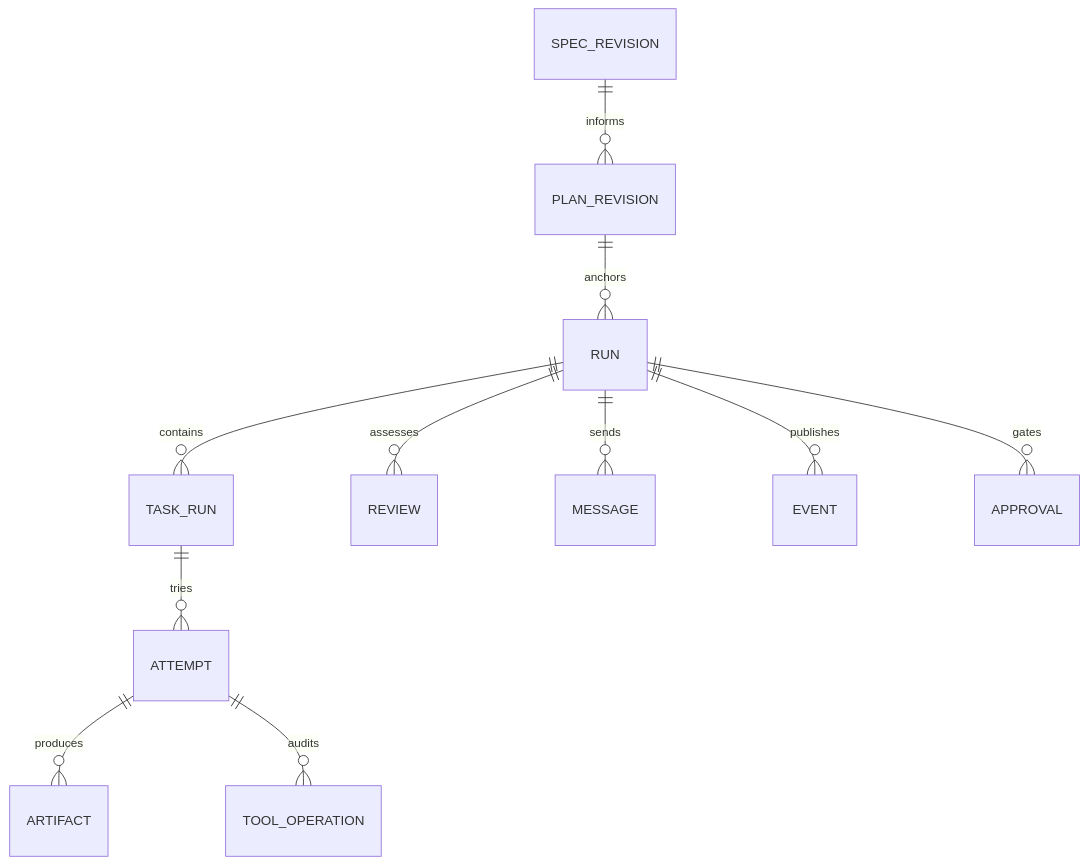
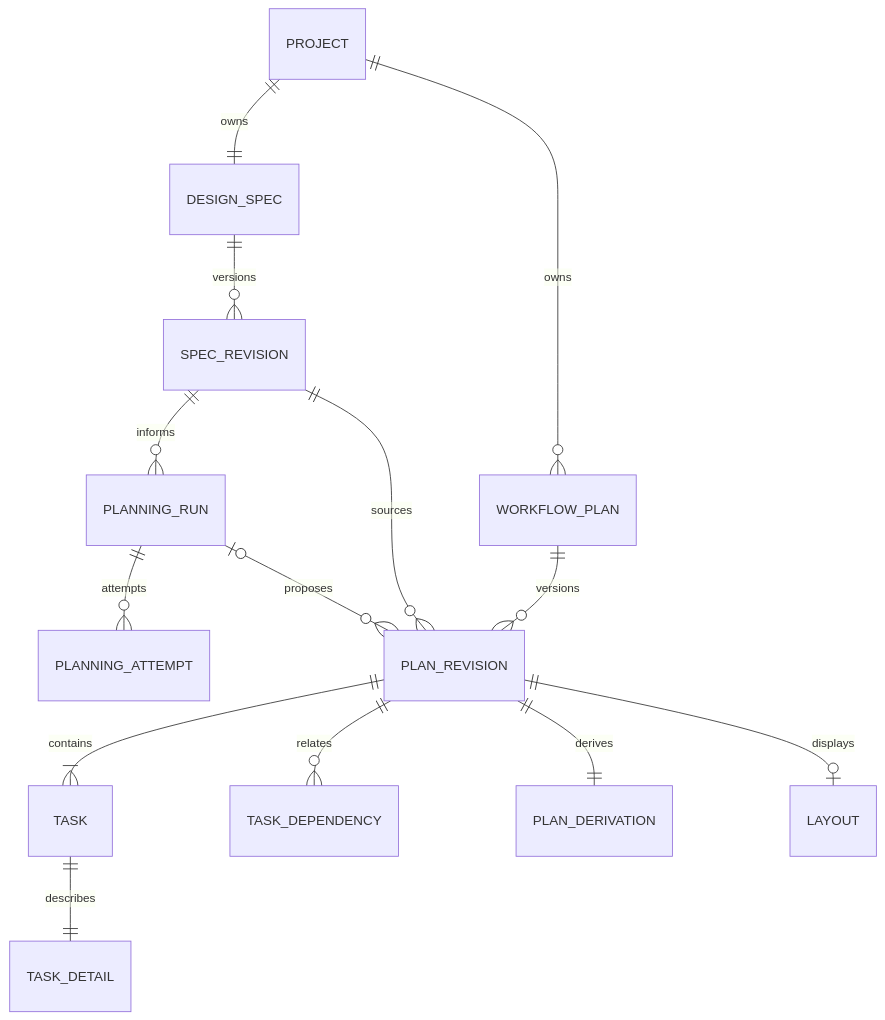
One commit to cocoliler/SE-lib changed the diagram in docs/architecture/DATABASE_DESIGN.md. Above: the diagram before and after it, drawn with Mermaid. The commit also changed other lines of this file and 42 other files, not shown here.

Commit message:
docs: 更新 FlowStudio v3.1 通用设计

````diff
--- a/docs/architecture/DATABASE_DESIGN.md
+++ b/docs/architecture/DATABASE_DESIGN.md
@@ -19,13 +31,16 @@
 ```mermaid
 erDiagram
- SPEC_REVISION ||--o{ PLAN_REVISION : informs
- PLAN_REVISION ||--o{ RUN : anchors
- RUN ||--o{ TASK_RUN : contains
- TASK_RUN ||--o{ ATTEMPT : tries
- ATTEMPT ||--o{ ARTIFACT : produces
- ATTEMPT ||--o{ TOOL_OPERATION : audits
- RUN ||--o{ REVIEW : assesses
- RUN ||--o{ MESSAGE : sends
- RUN ||--o{ EVENT : publishes
- RUN ||--o{ APPROVAL : gates
+ PROJECT ||--|| DESIGN_SPEC : owns
+ DESIGN_SPEC ||--o{ SPEC_REVISION : versions
+ SPEC_REVISION ||--o{ PLANNING_RUN : informs
+ PLANNING_RUN ||--o{ PLANNING_ATTEMPT : attempts
+ PROJECT ||--o{ WORKFLOW_PLAN : owns
+ WORKFLOW_PLAN ||--o{ PLAN_REVISION : versions
+ SPEC_REVISION ||--o{ PLAN_REVISION : sources
+ PLANNING_RUN o|--o{ PLAN_REVISION : proposes
+ PLAN_REVISION ||--|{ TASK : contains
+ TASK ||--|| TASK_DETAIL : describes
+ PLAN_REVISION ||--o{ TASK_DEPENDENCY : relates
+ PLAN_REVISION ||--|| PLAN_DERIVATION : derives
+ PLAN_REVISION ||--o| LAYOUT : displays
 ```
````
